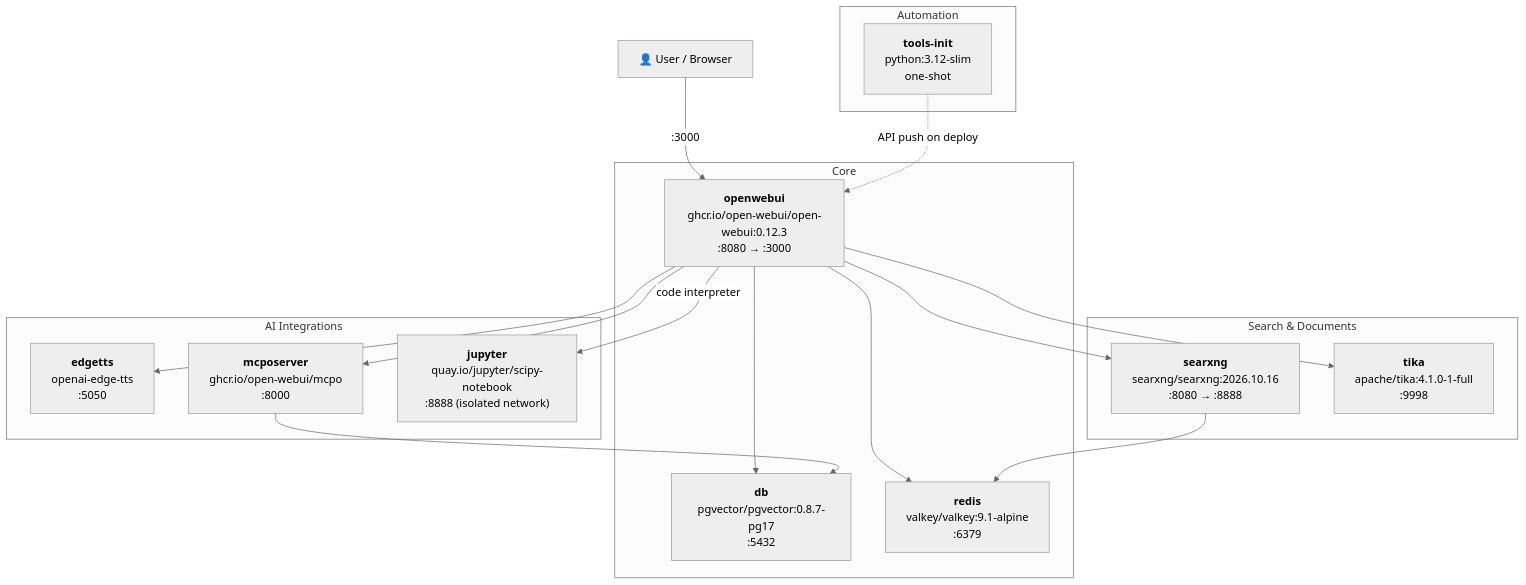
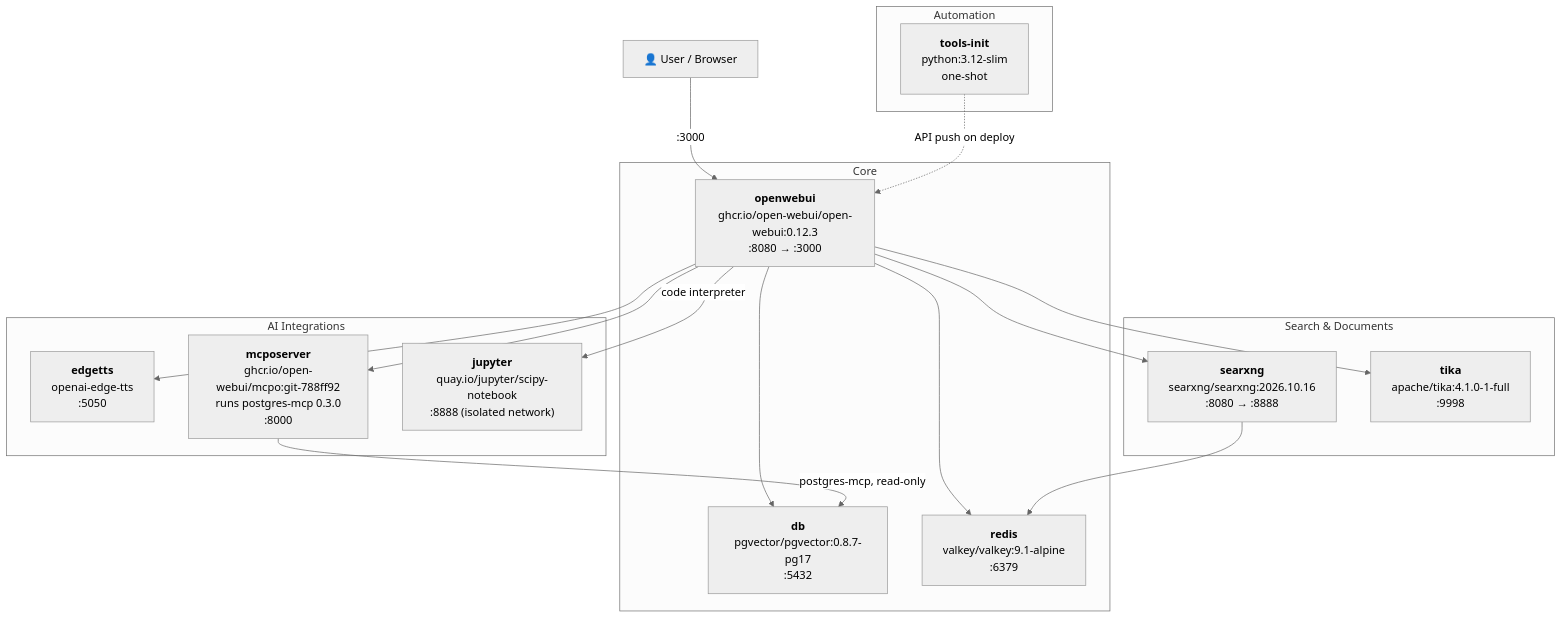
The diagram in README.md (BitWise-0x/open-webui-ultimate-stack), drawn with Mermaid (neutral theme) before and after one commit. The commit also changed other lines of this file and 6 other files, not shown here.

First line of the commit message:
fix(mcposerver): override pglast so postgres-mcp 0.3.0 installs again

````diff
--- a/README.md
+++ b/README.md
@@ -45,37 +45,37 @@
 ```mermaid
 graph TD
     User["👤 User / Browser"]
 
     subgraph Core
         owui["<b>openwebui</b><br>ghcr.io/open-webui/open-webui:0.12.3<br>:8080 → :3000"]
         db["<b>db</b><br>pgvector/pgvector:0.8.7-pg17<br>:5432"]
         redis["<b>redis</b><br>valkey/valkey:9.1-alpine<br>:6379"]
     end
 
     subgraph Search & Documents
         searxng["<b>searxng</b><br>searxng/searxng:2026.10.16<br>:8080 → :8888"]
         tika["<b>tika</b><br>apache/tika:4.1.0-1-full<br>:9998"]
     end
 
     subgraph AI Integrations
         edgetts["<b>edgetts</b><br>openai-edge-tts<br>:5050"]
-        mcpo["<b>mcposerver</b><br>ghcr.io/open-webui/mcpo<br>:8000"]
+        mcpo["<b>mcposerver</b><br>ghcr.io/open-webui/mcpo:git-788ff92<br>runs postgres-mcp 0.3.0<br>:8000"]
         jupyter["<b>jupyter</b><br>quay.io/jupyter/scipy-notebook<br>:8888 (isolated network)"]
     end
 
     subgraph Automation
         tools["<b>tools-init</b><br>python:3.12-slim<br>one-shot"]
     end
 
     User -->|":3000"| owui
     owui --> db
     owui --> redis
     owui --> searxng
     owui --> tika
     owui --> edgetts
     owui --> mcpo
     owui -->|"code interpreter"| jupyter
     searxng --> redis
-    mcpo --> db
+    mcpo -->|"postgres-mcp, read-only"| db
     tools -.->|"API push on deploy"| owui
 ```
````
